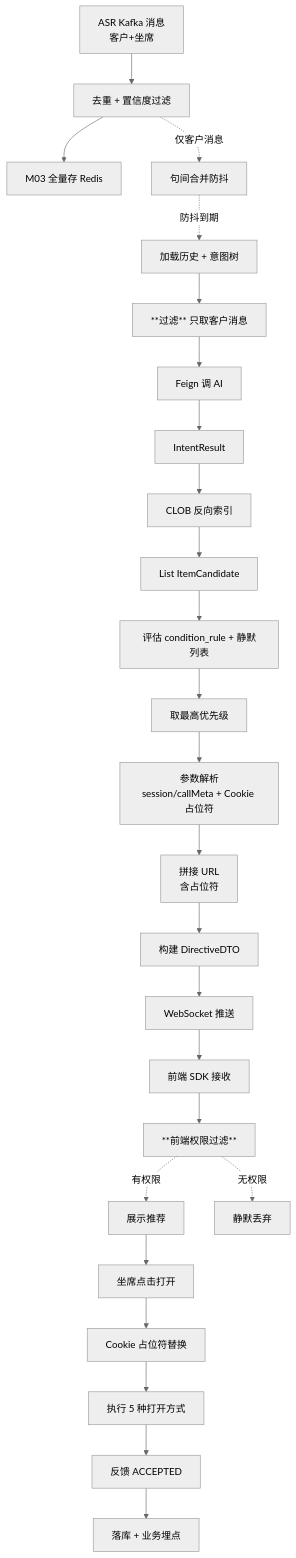
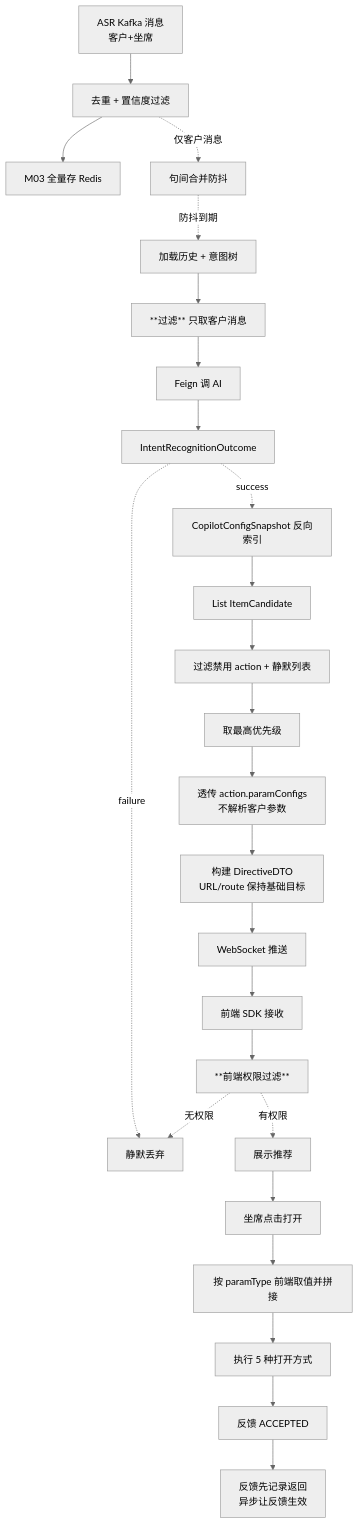
Before and after one commit to qzz617/copilot: the third of 24 diagrams in cs-copilot-service/docs/dd-v1.2.md, drawn with Mermaid (neutral theme). The commit also changed other lines of this file and 118 other files, not shown here.

````diff
--- a/cs-copilot-service/docs/dd-v1.2.md
+++ b/cs-copilot-service/docs/dd-v1.2.md
@@ -396,27 +401,27 @@
 ```mermaid
 flowchart TD
     A[ASR Kafka 消息<br/>客户+坐席] --> B[去重 + 置信度过滤]
     B --> C[M03 全量存 Redis]
     B -.仅客户消息.-> D[句间合并防抖]
     D -.防抖到期.-> E[加载历史 + 意图树]
     E --> F[**过滤** 只取客户消息]
     F --> G[Feign 调 AI]
-    G --> H[IntentResult]
-    H --> I[CLOB 反向索引]
+    G --> H[IntentRecognitionOutcome]
+    H -.success.-> I[CopilotConfigSnapshot 反向索引]
+    H -.failure.-> X[记录 trigger_log FAIL]
     I --> J[List ItemCandidate]
-    J --> K[评估 condition_rule + 静默列表]
+    J --> K[过滤禁用 action + 静默列表]
     K --> L[取最高优先级]
-    L --> M[参数解析<br/>session/callMeta + Cookie 占位符]
-    M --> N[拼接 URL<br/>含占位符]
-    N --> O[构建 DirectiveDTO]
-    O --> P[WebSocket 推送]
-    P --> Q[前端 SDK 接收]
-    Q --> R[**前端权限过滤**]
-    R -.有权限.-> S[展示推荐]
-    R -.无权限.-> X[静默丢弃]
+    L --> M[透传 action.paramConfigs<br/>不解析客户参数]
+    M --> N[构建 DirectiveDTO<br/>URL/route 保持基础目标]
+    N --> O[WebSocket 推送]
+    O --> P[前端 SDK 接收]
+    P --> Q[**前端权限过滤**]
+    Q -.有权限.-> S[展示推荐]
+    Q -.无权限.-> X[静默丢弃]
     S --> T[坐席点击打开]
-    T --> U[Cookie 占位符替换]
+    T --> U[按 paramType 前端取值并拼接]
     U --> V[执行 5 种打开方式]
     V --> W[反馈 ACCEPTED]
-    W --> Y[落库 + 业务埋点]
+    W --> Y[反馈先记录返回<br/>异步让反馈生效]
 ```
````
